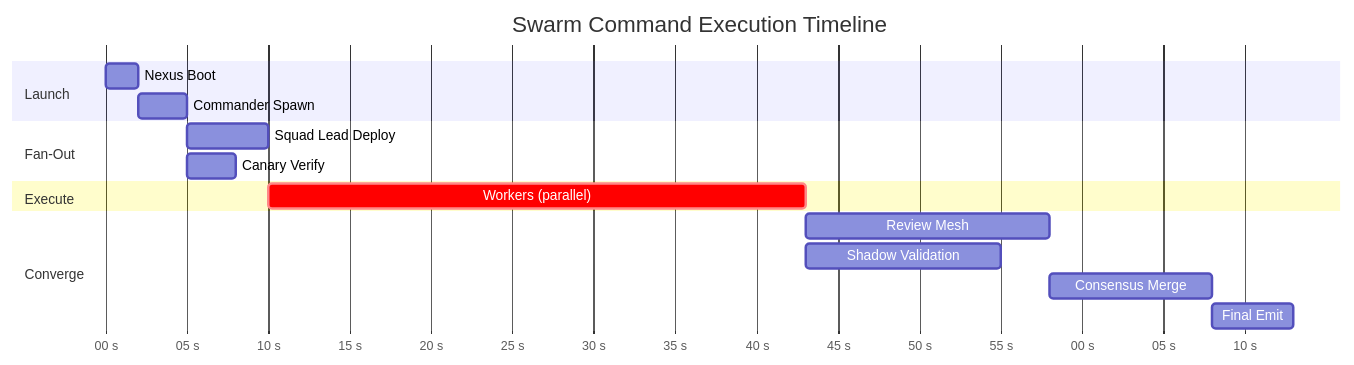
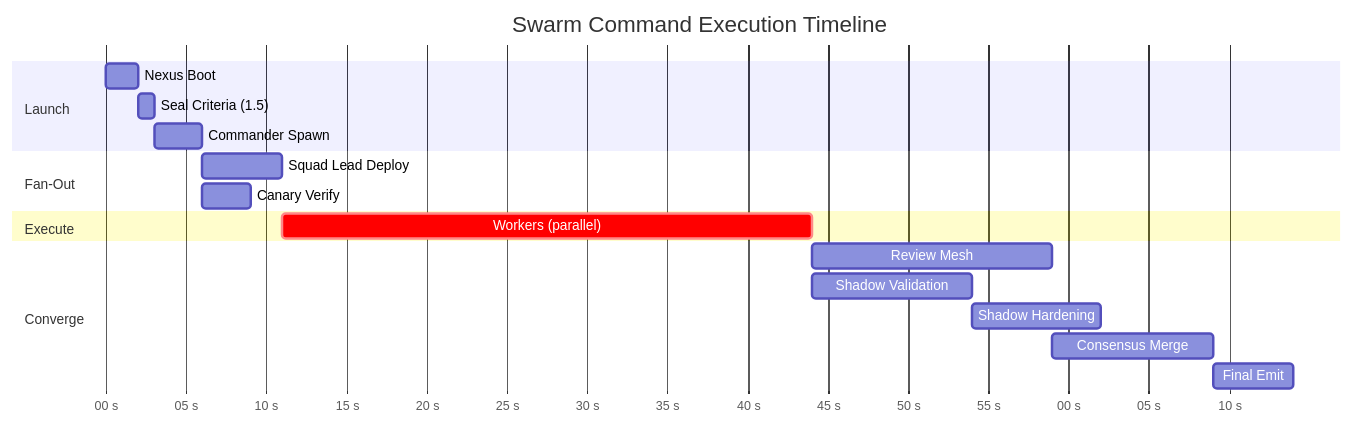
Before and after one commit to DUBSOpenHub/swarm-command: the third of 7 diagrams in docs/architecture-diagrams.md, drawn with Mermaid. The commit also changed other lines of this file and 12 other files, not shown here.

````diff
--- a/docs/architecture-diagrams.md
+++ b/docs/architecture-diagrams.md
@@ -120,23 +124,25 @@
 ```mermaid
 gantt
     title Swarm Command Execution Timeline
     dateFormat ss
     axisFormat %S s
 
     section Launch
     Nexus Boot           :a1, 00, 2s
-    Commander Spawn      :a2, after a1, 3s
+    Seal Criteria (1.5)  :a15, after a1, 1s
+    Commander Spawn      :a2, after a15, 3s
 
     section Fan-Out
     Squad Lead Deploy    :b1, after a2, 5s
     Canary Verify        :b2, after a2, 3s
 
     section Execute
     Workers (parallel)   :crit, c1, after b1, 33s
 
     section Converge
     Review Mesh          :d1, after c1, 15s
-    Shadow Validation    :d2, after c1, 12s
+    Shadow Validation    :d2, after c1, 10s
+    Shadow Hardening     :d3, after d2, 8s
     Consensus Merge      :e1, after d1, 10s
     Final Emit           :e2, after e1, 5s
 ```
````
